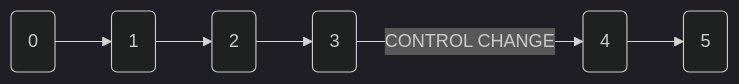
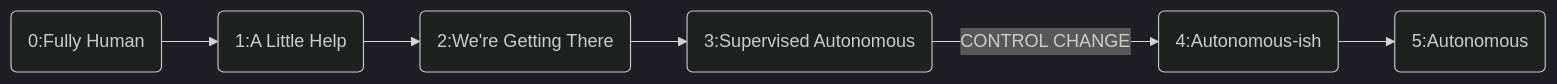
One commit to Grig84/ethics_fall2025 changed the diagram in _pages/casestudy.md. Above: the diagram before and after it, drawn with Mermaid (dark theme).

````diff
--- a/_pages/casestudy.md
+++ b/_pages/casestudy.md
@@ -9,8 +9,8 @@
 ```mermaid
 graph LR
-0(0) --> 1(1);
-1 --> 2(2);
-2 --> 3(3);
-3 -- CONTROL CHANGE --> 4(4);
-4 --> 5(5);
+0(0:Fully Human) --> 1(1:A Little Help);
+1 --> 2(2:We're Getting There);
+2 --> 3(3:Supervised Autonomous);
+3 -- CONTROL CHANGE --> 4(4:Autonomous-ish);
+4 --> 5(5:Autonomous);
 ```
````
